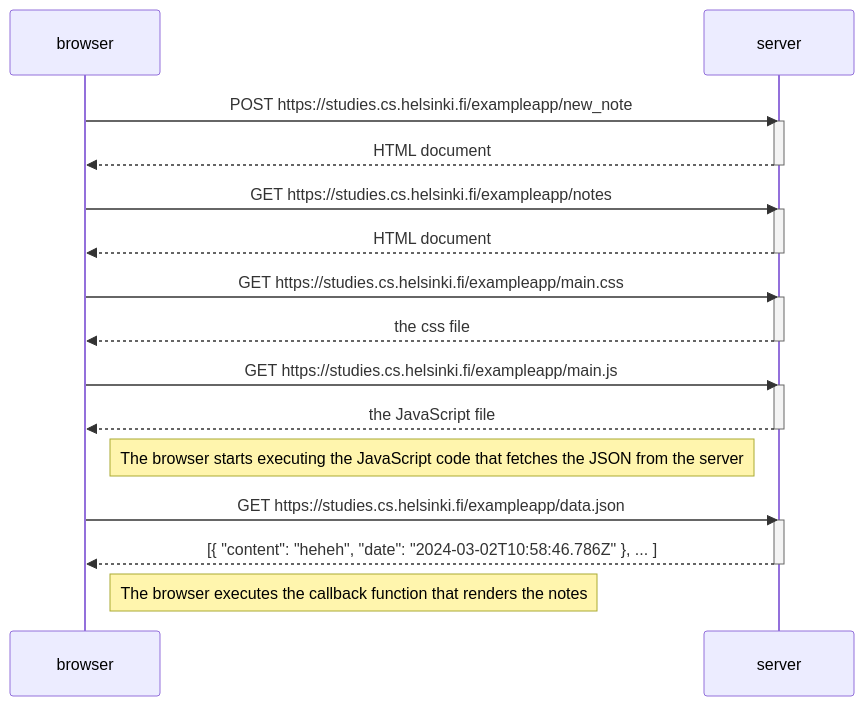
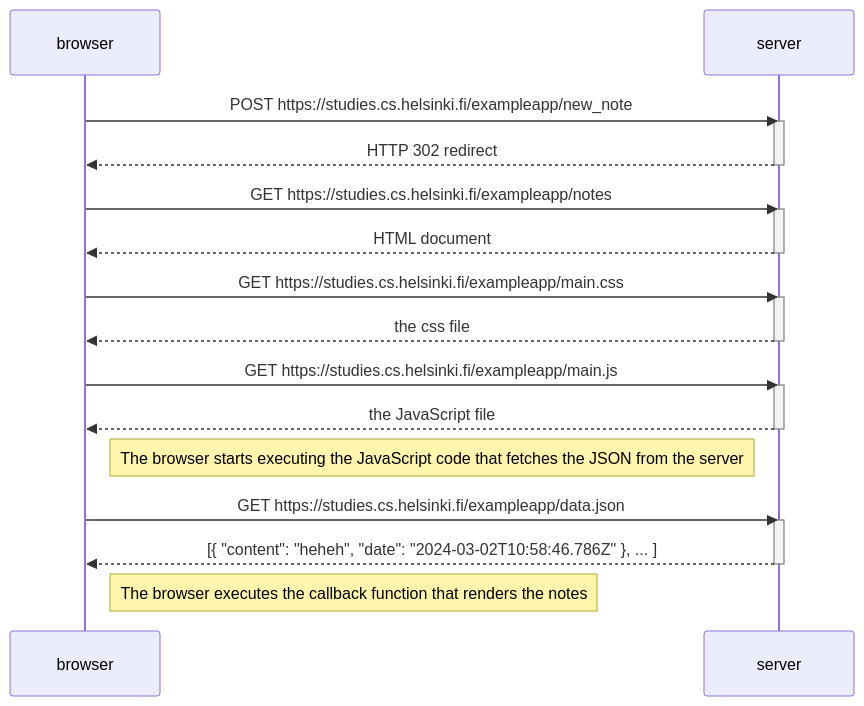
One commit to jhou02/fullstackopen changed the diagram in part0/exercise4.md. Above: the diagram before and after it, drawn with Mermaid.

Commit message:
exercise4 finalize

````diff
--- a/part0/exercise4.md
+++ b/part0/exercise4.md
@@ -1,34 +1,34 @@
 ```mermaid
     sequenceDiagram
     participant browser
     participant server
 
     browser->>server: POST https://studies.cs.helsinki.fi/exampleapp/new_note
     activate server
-    server-->>browser: HTML document
+    server-->>browser: HTTP 302 redirect
     deactivate server
 
     browser->>server: GET https://studies.cs.helsinki.fi/exampleapp/notes
     activate server
     server-->>browser: HTML document
     deactivate server
 
     browser->>server: GET https://studies.cs.helsinki.fi/exampleapp/main.css
     activate server
     server-->>browser: the css file
     deactivate server
 
     browser->>server: GET https://studies.cs.helsinki.fi/exampleapp/main.js
     activate server
     server-->>browser: the JavaScript file
     deactivate server
 
     Note right of browser: The browser starts executing the JavaScript code that fetches the JSON from the server
 
     browser->>server: GET https://studies.cs.helsinki.fi/exampleapp/data.json
     activate server
     server-->>browser: [{ "content": "heheh", "date": "2024-03-02T10:58:46.786Z" }, ... ]
     deactivate server
 
     Note right of browser: The browser executes the callback function that renders the notes
 ```
````
